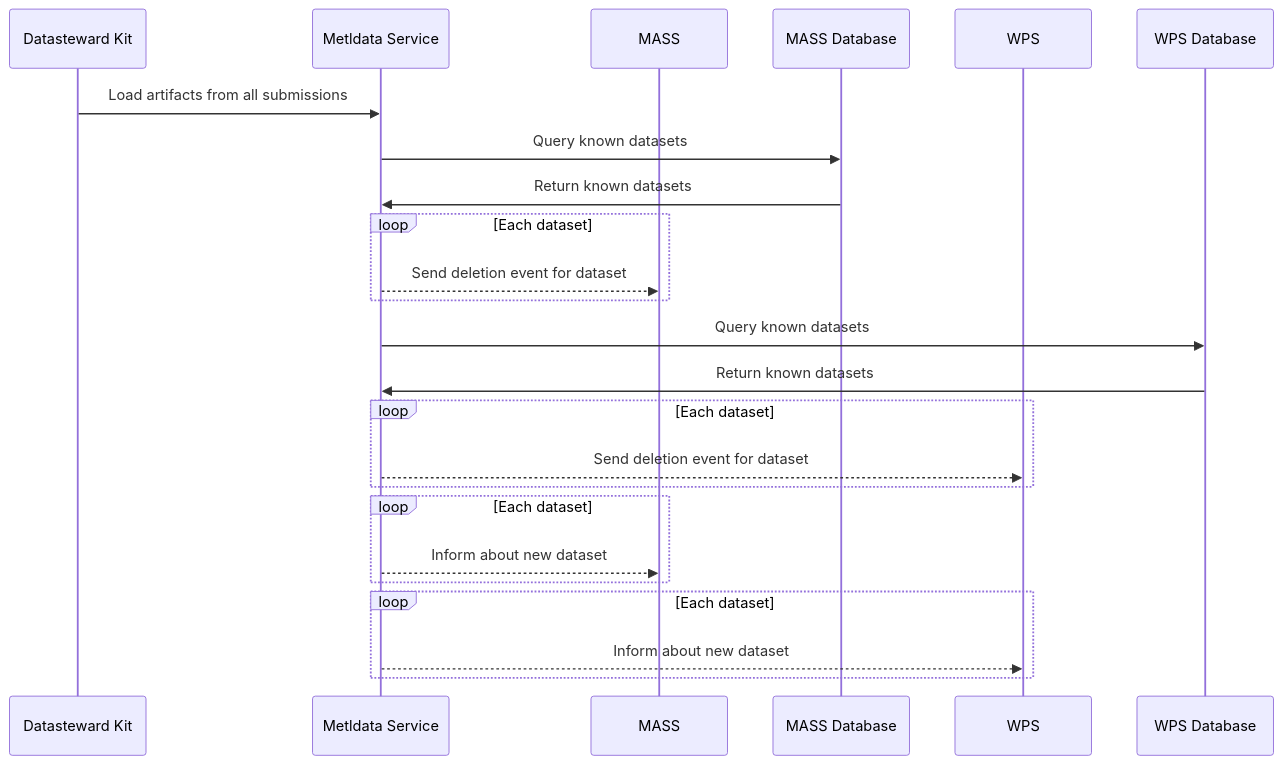
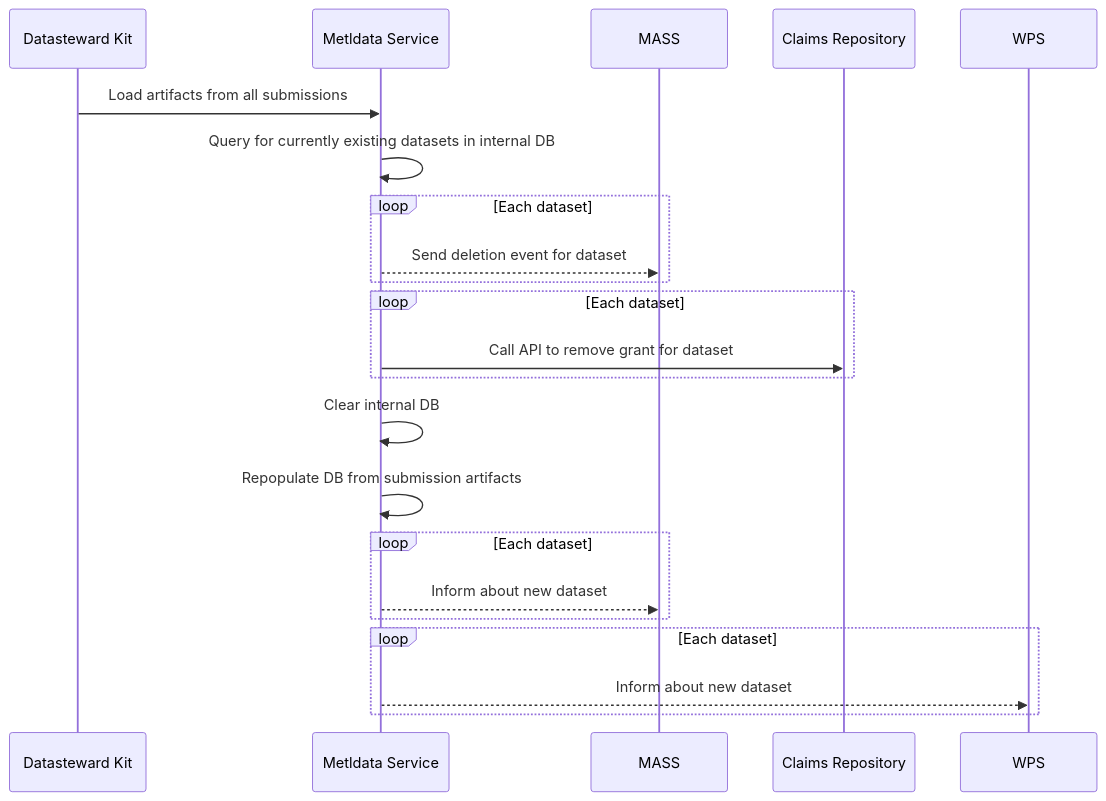
Before and after one commit to ghga-de/milestones-docs: the diagram in 38-tokay-gecko/technical_specification.md, drawn with Mermaid. The commit also changed other lines of this file, not shown here.

Commit message:
Removed direct external DB access

````diff
--- a/38-tokay-gecko/technical_specification.md
+++ b/38-tokay-gecko/technical_specification.md
@@ -34,31 +36,30 @@
 ```mermaid
 sequenceDiagram
   participant Kit as Datasteward Kit
   participant API as Metldata Service
   participant MASS
-  participant MASS_DB as MASS Database
+  participant claims as Claims Repository
   participant WPS
-  participant WPS_DB as WPS Database
 
   Kit ->> API: Load artifacts from all submissions
+  API ->> API: Query for currently existing datasets in internal DB
 
-  API ->> MASS_DB: Query known datasets
-  MASS_DB ->> API: Return known datasets
   loop Each dataset
   API -->> MASS: Send deletion event for dataset
   end
 
-  API ->> WPS_DB: Query known datasets
-  WPS_DB ->> API: Return known datasets
   loop Each dataset
-  API -->> WPS: Send deletion event for dataset
+  API ->> claims: Call API to remove grant for dataset
   end
+
+  API ->> API: Clear internal DB
+  API ->> API: Repopulate DB from submission artifacts
 
   loop Each dataset
   API -->> MASS: Inform about new dataset
   end
 
   loop Each dataset
   API -->> WPS: Inform about new dataset
   end
 ```
````
